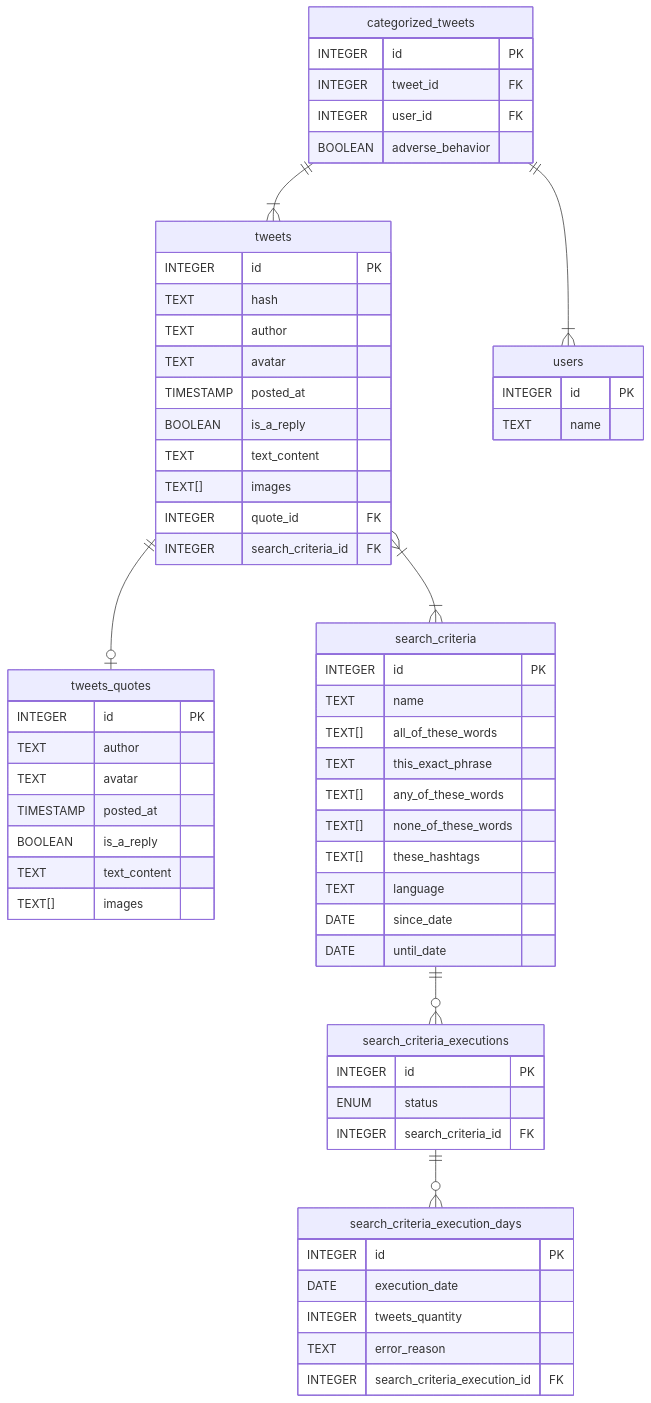
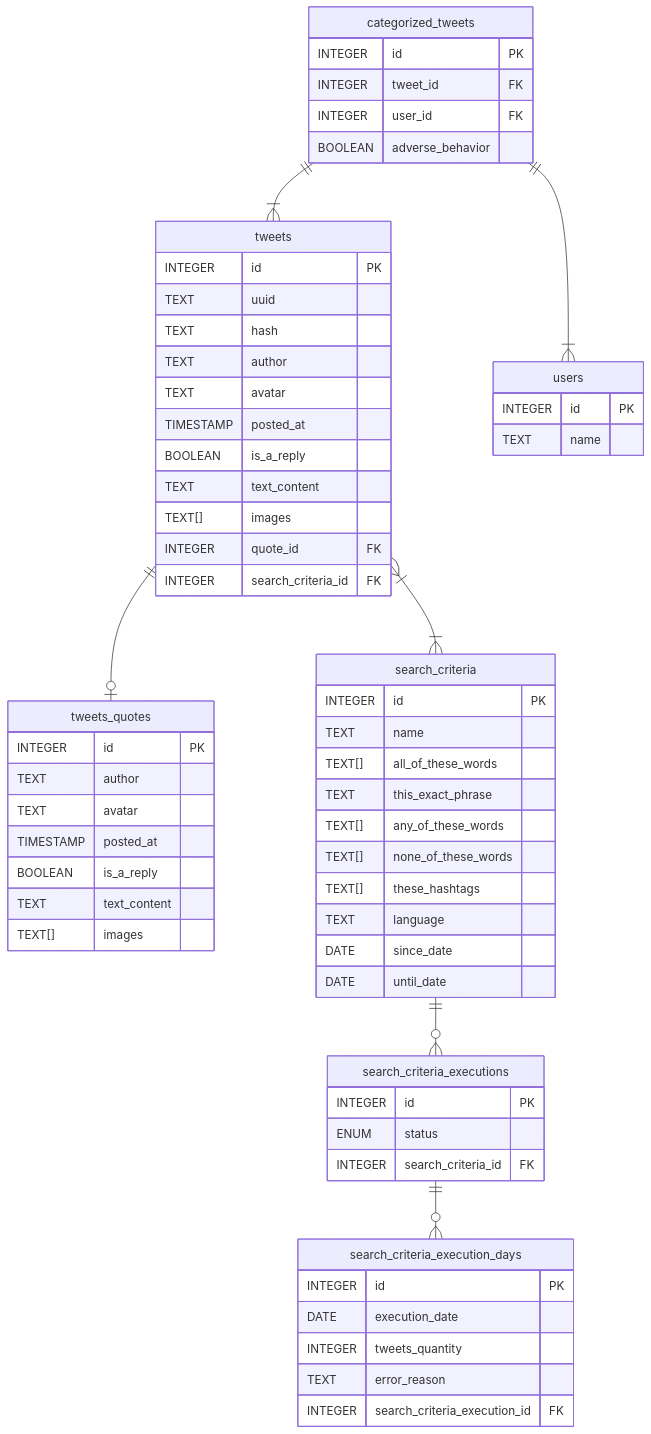
One commit to lhbelfanti/ahbcc changed the diagram in README.md. Above: the diagram before and after it, drawn with Mermaid. The commit also changed 5 other files, not shown here.

````diff
--- a/README.md
+++ b/README.md
@@ -53,64 +53,65 @@
 ```mermaid
 erDiagram
     tweets ||--o| tweets_quotes : ""
     tweets }|--|{ search_criteria : ""
     tweets {
         INTEGER id PK
+        TEXT uuid
         TEXT hash
         TEXT author
         TEXT avatar
         TIMESTAMP posted_at
         BOOLEAN is_a_reply
         TEXT text_content
         TEXT[] images
         INTEGER quote_id FK
         INTEGER search_criteria_id FK
     }
     tweets_quotes {
         INTEGER id PK
         TEXT author
         TEXT avatar
         TIMESTAMP posted_at
         BOOLEAN is_a_reply
         TEXT text_content
         TEXT[] images
     }
     search_criteria ||--o{ search_criteria_executions : ""
     search_criteria {
         INTEGER id PK
         TEXT name
         TEXT[] all_of_these_words
         TEXT this_exact_phrase
         TEXT[] any_of_these_words
         TEXT[] none_of_these_words
         TEXT[] these_hashtags
         TEXT language
         DATE since_date
         DATE until_date
     }
     search_criteria_executions ||--o{ search_criteria_execution_days : ""
     search_criteria_executions {
         INTEGER id PK
         ENUM status
         INTEGER search_criteria_id FK
     }
     search_criteria_execution_days {
         INTEGER id PK
         DATE execution_date
         INTEGER tweets_quantity
         TEXT error_reason
         INTEGER search_criteria_execution_id FK
     }
     users {
         INTEGER id PK
         TEXT name
     }
     categorized_tweets ||--|{ tweets : ""
     categorized_tweets ||--|{ users : ""
     categorized_tweets {
         INTEGER id PK
         INTEGER tweet_id FK
         INTEGER user_id FK
         BOOLEAN adverse_behavior
     }
 ```
````
